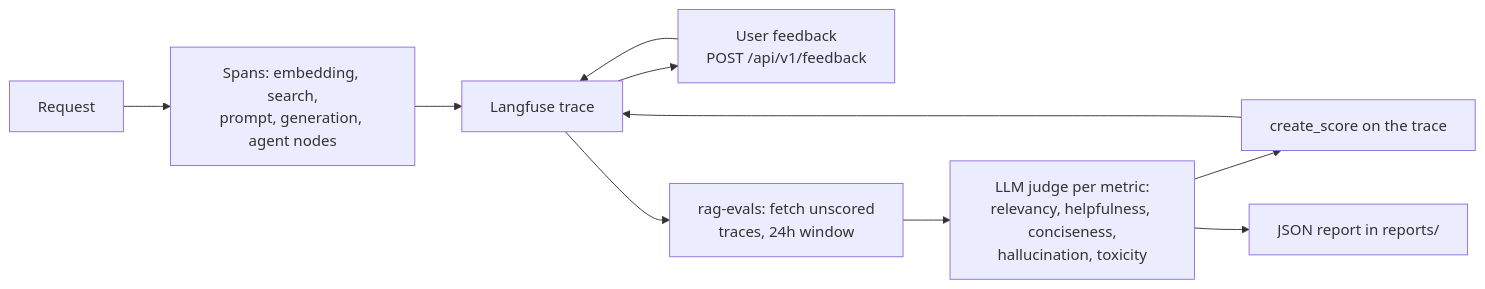
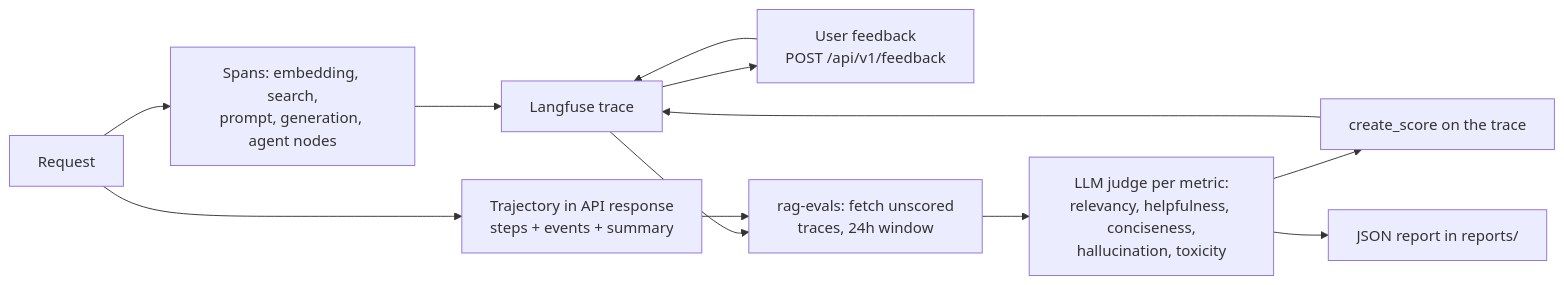
Before and after one commit to apssouza22/production-rag: diagram 11 of 11 in docs/ARTICLE.md, drawn with Mermaid. The commit also changed other lines of this file and 13 other files, not shown here.

````diff
--- a/docs/ARTICLE.md
+++ b/docs/ARTICLE.md
@@ -495,12 +568,14 @@
 ```mermaid
 flowchart LR
     A["Request"] --> B["Spans: embedding, search,<br/>prompt, generation, agent nodes"]
     B --> C["Langfuse trace"]
+    A --> T["Trajectory in API response<br/>steps + events + summary"]
     C --> D["User feedback<br/>POST /api/v1/feedback"]
     C --> E["rag-evals: fetch unscored<br/>traces, 24h window"]
+    T --> E
     E --> F["LLM judge per metric:<br/>relevancy, helpfulness, conciseness,<br/>hallucination, toxicity"]
     F --> G["create_score on the trace"]
     G --> C
     F --> H["JSON report in reports/"]
     D --> C
 ```
````
